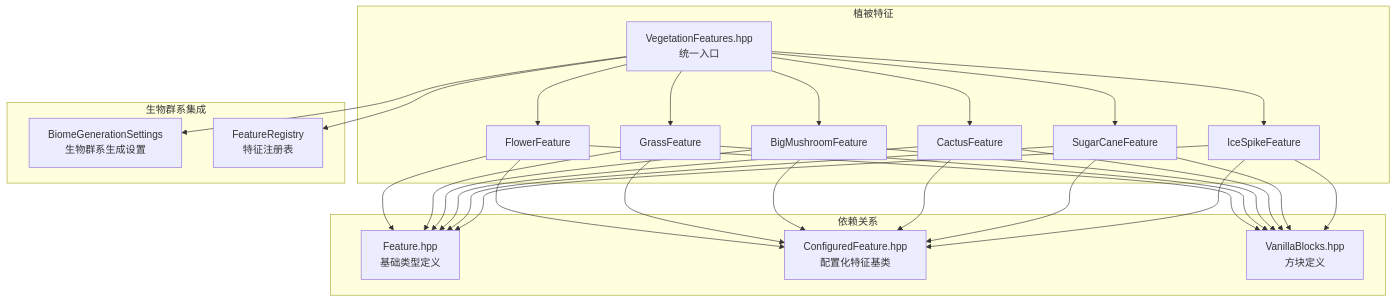
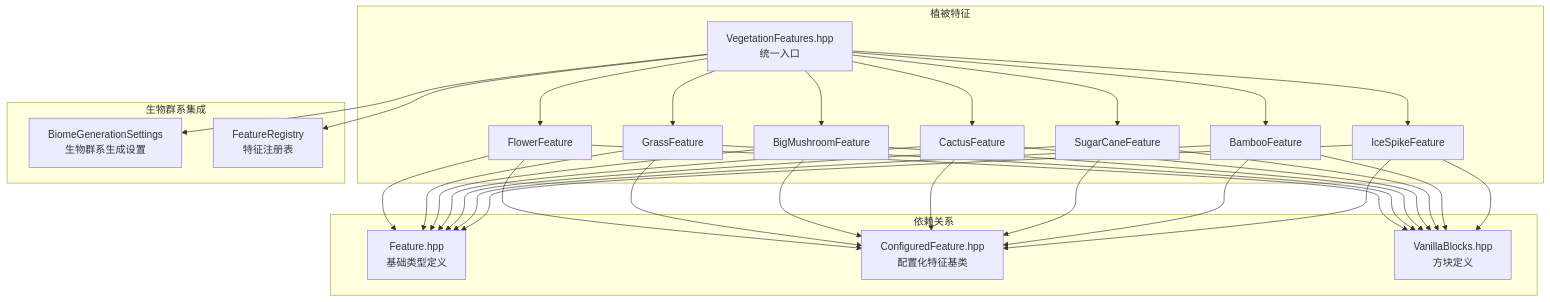
One commit to g122622/Cubium changed the first of 2 diagrams in src/common/world/gen/feature/vegetation/README.md. Above: the diagram before and after it, drawn with Mermaid. The commit also changed other lines of this file and 10 other files, not shown here.

First line of the commit message:
feat(biome): 实现竹子生成特征（BambooFeature），收敛竹子丛林TODO

````diff
--- a/src/common/world/gen/feature/vegetation/README.md
+++ b/src/common/world/gen/feature/vegetation/README.md
@@ -19,51 +20,56 @@
 ```mermaid
 graph TB
     subgraph 依赖关系
         Feature["Feature.hpp<br/>基础类型定义"]
         ConfiguredFeature["ConfiguredFeature.hpp<br/>配置化特征基类"]
         VanillaBlocks["VanillaBlocks.hpp<br/>方块定义"]
     end
 
     subgraph 植被特征
         VegetationFeatures["VegetationFeatures.hpp<br/>统一入口"]
 
         FlowerFeature --> Feature
         FlowerFeature --> ConfiguredFeature
         FlowerFeature --> VanillaBlocks
 
         GrassFeature --> Feature
         GrassFeature --> ConfiguredFeature
         GrassFeature --> VanillaBlocks
 
         BigMushroomFeature --> Feature
         BigMushroomFeature --> ConfiguredFeature
         BigMushroomFeature --> VanillaBlocks
 
         CactusFeature --> Feature
         CactusFeature --> ConfiguredFeature
         CactusFeature --> VanillaBlocks
 
         SugarCaneFeature --> Feature
         SugarCaneFeature --> ConfiguredFeature
         SugarCaneFeature --> VanillaBlocks
 
+        BambooFeature --> Feature
+        BambooFeature --> ConfiguredFeature
+        BambooFeature --> VanillaBlocks
+
         IceSpikeFeature --> Feature
         IceSpikeFeature --> ConfiguredFeature
         IceSpikeFeature --> VanillaBlocks
 
         VegetationFeatures --> FlowerFeature
         VegetationFeatures --> GrassFeature
         VegetationFeatures --> BigMushroomFeature
         VegetationFeatures --> CactusFeature
         VegetationFeatures --> SugarCaneFeature
+        VegetationFeatures --> BambooFeature
         VegetationFeatures --> IceSpikeFeature
     end
 
     subgraph 生物群系集成
         BiomeSettings["BiomeGenerationSettings<br/>生物群系生成设置"]
         FeatureRegistry["FeatureRegistry<br/>特征注册表"]
     end
 
     VegetationFeatures --> BiomeSettings
     VegetationFeatures --> FeatureRegistry
 ```
````
